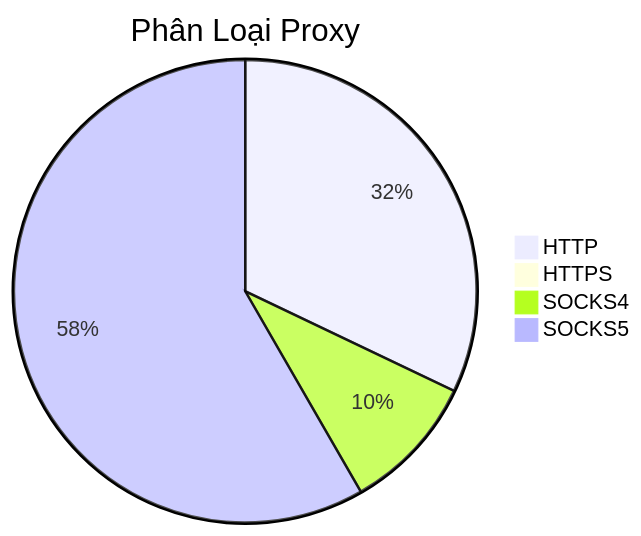
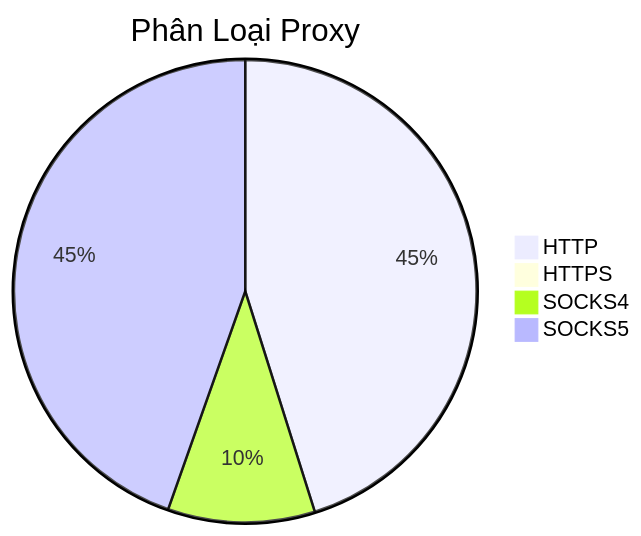
Before and after one commit to Ciara-12/PROXY-free: the diagram in README.md, drawn with Mermaid. The commit also changed other lines of this file and 4 other files, not shown here.

````diff
--- a/README.md
+++ b/README.md
@@ -26,7 +26,7 @@
 ```mermaid
 pie title Phân Loại Proxy
-    "HTTP" : 846
+    "HTTP" : 1160
     "HTTPS" : 1
-    "SOCKS4" : 253
-    "SOCKS5" : 1538
+    "SOCKS4" : 264
+    "SOCKS5" : 1146
 ```
````
